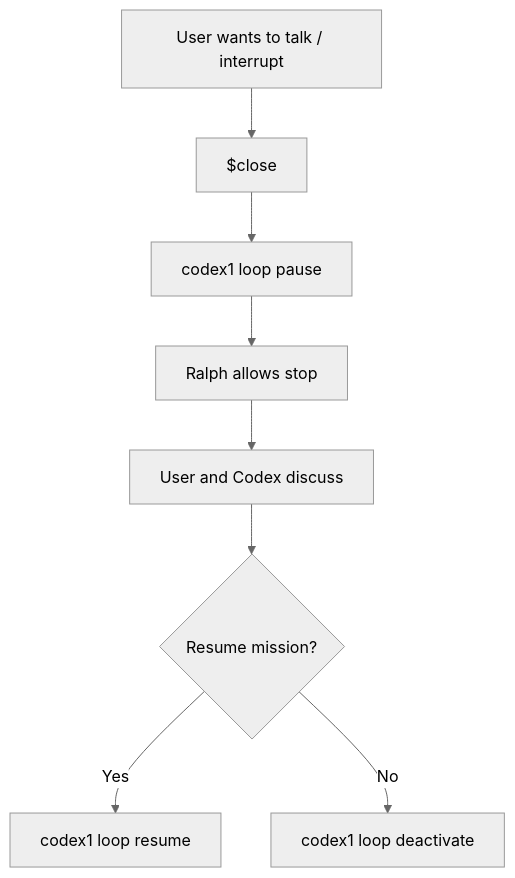
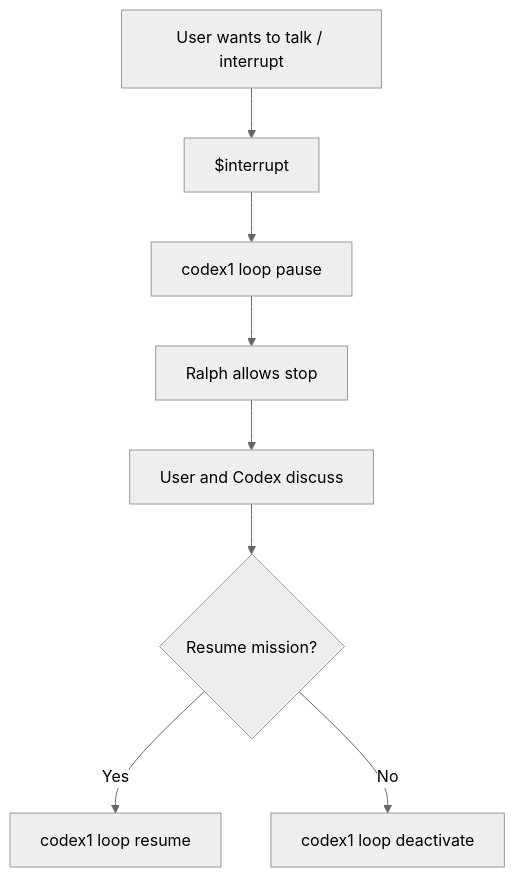
One commit to JoelEmanuelNilsson/codex1 changed the sixth of 7 diagrams in docs/codex1-rebuild-handoff/01-product-flow.md. Above: the diagram before and after it, drawn with Mermaid (neutral theme). The commit also changed other lines of this file and 10 other files, not shown here.

````diff
--- a/docs/codex1-rebuild-handoff/01-product-flow.md
+++ b/docs/codex1-rebuild-handoff/01-product-flow.md
@@ -218,10 +308,10 @@
 ```mermaid
 flowchart TD
-    User["User wants to talk / interrupt"] --> Close["$close"]
-    Close --> Pause["codex1 loop pause"]
+    User["User wants to talk / interrupt"] --> Interrupt["$interrupt"]
+    Interrupt --> Pause["codex1 loop pause"]
     Pause --> Ralph["Ralph allows stop"]
     Ralph --> Discuss["User and Codex discuss"]
     Discuss --> Resume{"Resume mission?"}
     Resume -->|Yes| LoopResume["codex1 loop resume"]
     Resume -->|No| Deactivate["codex1 loop deactivate"]
 ```
````
